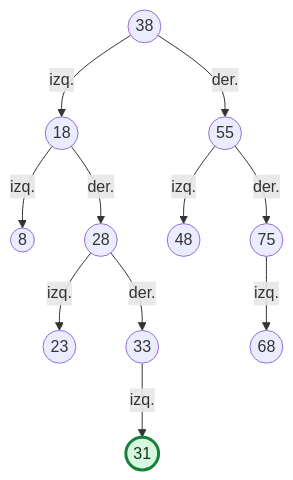
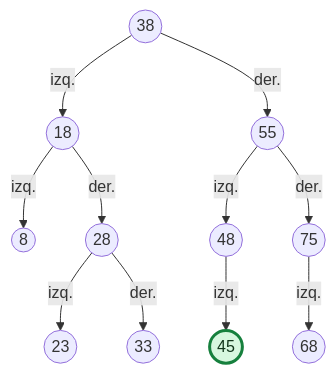
One commit to Damienq7w/APE3-Arboles-Integrado changed the second of 2 diagrams in facilitacion/estaciones/E1-insercion.md. Above: the diagram before and after it, drawn with Mermaid. The commit also changed other lines of this file and 5 other files, not shown here.

````diff
--- a/facilitacion/estaciones/E1-insercion.md
+++ b/facilitacion/estaciones/E1-insercion.md
@@ -72,14 +75,14 @@
 ```mermaid
 flowchart TD
     N38((38)) -->|izq.| N18((18))
     N38 -->|der.| N55((55))
     N18 -->|izq.| N8((8))
     N18 -->|der.| N28((28))
     N28 -->|izq.| N23((23))
     N28 -->|der.| N33((33))
-    N33 -->|izq.| N31((31))
     N55 -->|izq.| N48((48))
     N55 -->|der.| N75((75))
+    N48 -->|izq.| N45((45))
     N75 -->|izq.| N68((68))
-    style N31 fill:#d7f7df,stroke:#16803d,stroke-width:3px,color:#12351b
+    style N45 fill:#d7f7df,stroke:#16803d,stroke-width:3px,color:#12351b
 ```
````
